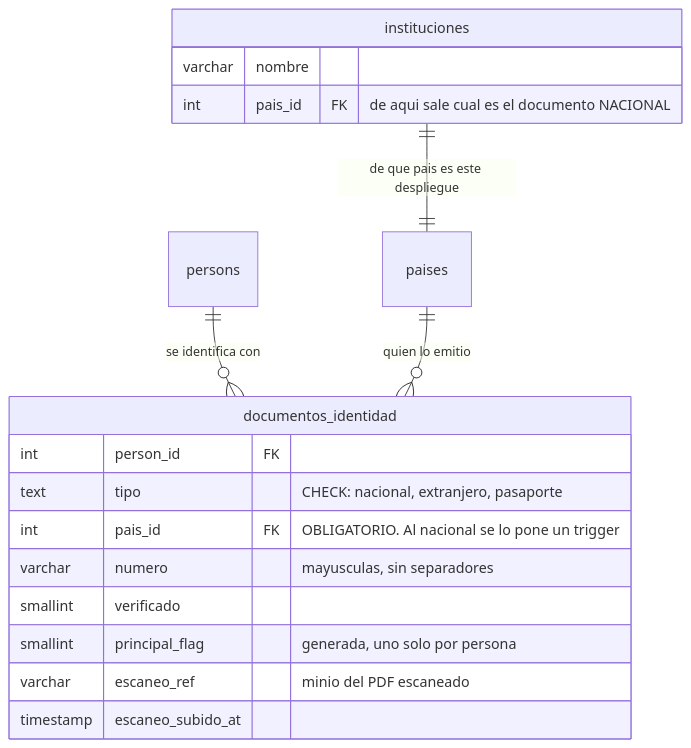
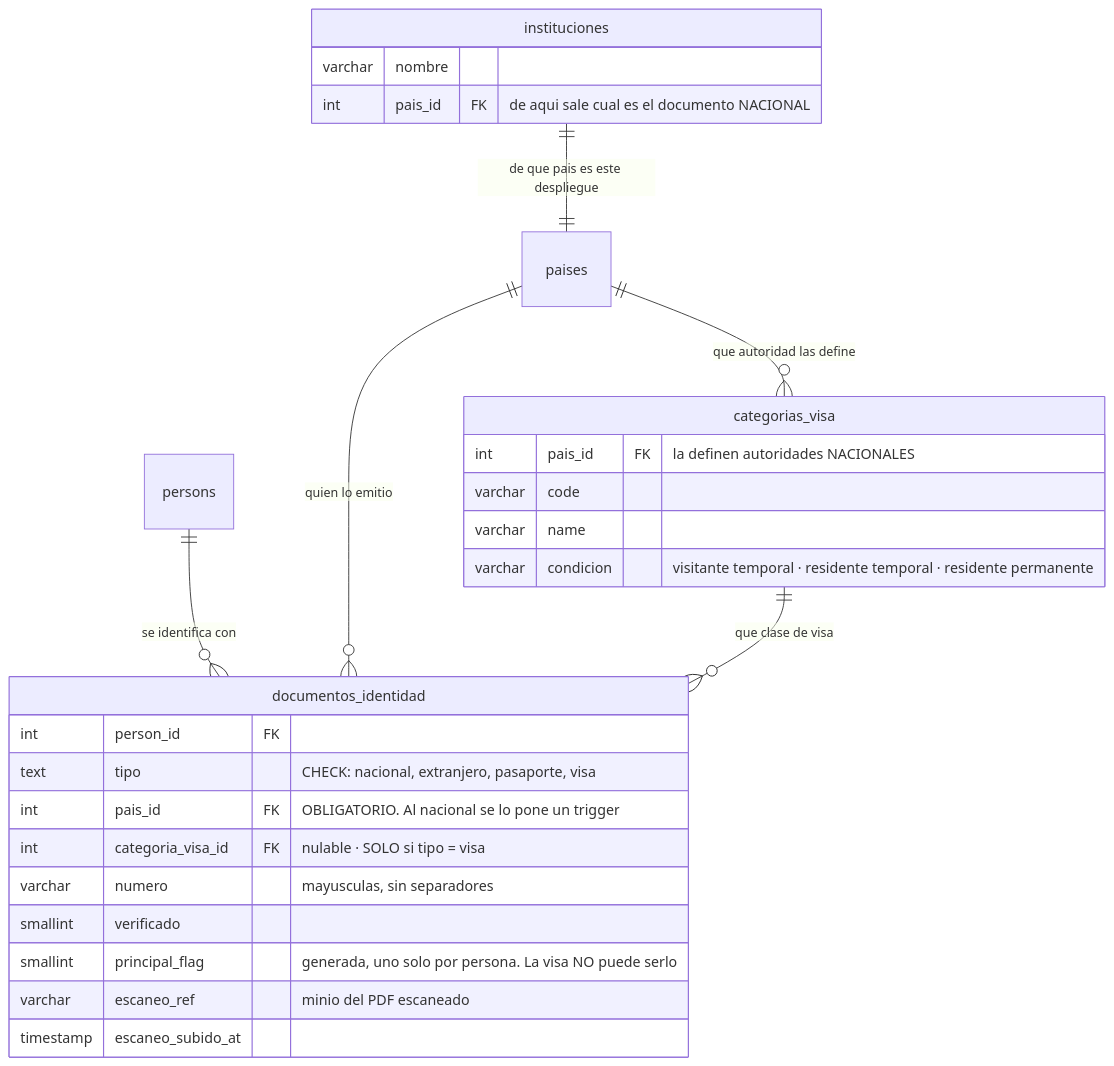
One commit to fresvel/deasy changed the first of 4 diagrams in docs/src/content/docs/modelo/organizacion.md. Above: the diagram before and after it, drawn with Mermaid. The commit also changed other lines of this file and 22 other files, not shown here.

````diff
--- a/docs/src/content/docs/modelo/organizacion.md
+++ b/docs/src/content/docs/modelo/organizacion.md
@@ -191,21 +229,30 @@
 ```mermaid
 erDiagram
   persons ||--o{ documentos_identidad : "se identifica con"
   paises ||--o{ documentos_identidad : "quien lo emitio"
+  categorias_visa ||--o{ documentos_identidad : "que clase de visa"
+  paises ||--o{ categorias_visa : "que autoridad las define"
   instituciones ||--|| paises : "de que pais es este despliegue"
 
   documentos_identidad {
     int person_id FK
-    text tipo "CHECK: nacional, extranjero, pasaporte"
+    text tipo "CHECK: nacional, extranjero, pasaporte, visa"
     int pais_id FK "OBLIGATORIO. Al nacional se lo pone un trigger"
+    int categoria_visa_id FK "nulable · SOLO si tipo = visa"
     varchar numero "mayusculas, sin separadores"
     smallint verificado
-    smallint principal_flag "generada, uno solo por persona"
+    smallint principal_flag "generada, uno solo por persona. La visa NO puede serlo"
     varchar escaneo_ref "minio del PDF escaneado"
     timestamp escaneo_subido_at
+  }
+  categorias_visa {
+    int pais_id FK "la definen autoridades NACIONALES"
+    varchar code
+    varchar name
+    varchar condicion "visitante temporal · residente temporal · residente permanente"
   }
   instituciones {
     varchar nombre
     int pais_id FK "de aqui sale cual es el documento NACIONAL"
   }
 ```
````
